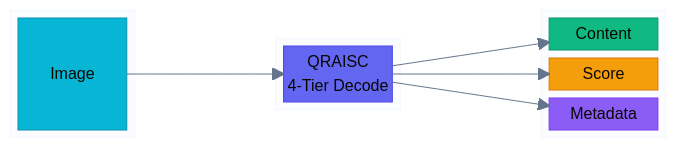
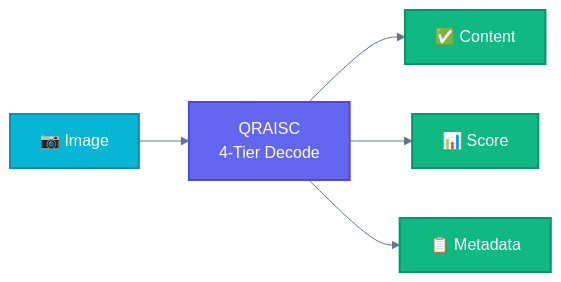
One commit to supernovae-ai/qrai-scanner changed the first of 11 diagrams in README.md. Above: the diagram before and after it, drawn with Mermaid. The commit also changed other lines of this file, not shown here.

Commit message:
fix(docs): update badges and fix mermaid diagram for GitHub
- Add dynamic crates.io and npm version badges
- Replace block-beta with flowchart (better GitHub support)

````diff
--- a/README.md
+++ b/README.md
@@ -30,37 +31,12 @@
 ```mermaid
 %%{init: {'theme': 'base', 'themeVariables': {'lineColor': '#64748b'}}}%%
-block-beta
-    columns 5
+flowchart LR
+    classDef input fill:#06b6d4,stroke:#0891b2,stroke-width:2px,color:#ffffff
+    classDef process fill:#6366f1,stroke:#4f46e5,stroke-width:2px,color:#ffffff
+    classDef output fill:#10b981,stroke:#059669,stroke-width:2px,color:#ffffff
 
-    block:input:1
-        columns 1
-        A["Image"]
-    end
-
-    space
-
-    block:process:1
-        columns 1
-        B["QRAISC<br>4-Tier Decode"]
-    end
-
-    space
-
-    block:output:1
-        columns 1
-        C["Content"]
-        D["Score"]
-        E["Metadata"]
-    end
-
-    A --> B
-    B --> C
-    B --> D
-    B --> E
-
-    style A fill:#06b6d4,stroke:#0891b2,color:#ffffff
-    style B fill:#6366f1,stroke:#4f46e5,color:#ffffff
-    style C fill:#10b981,stroke:#059669,color:#ffffff
-    style D fill:#f59e0b,stroke:#d97706,color:#ffffff
-    style E fill:#8b5cf6,stroke:#7c3aed,color:#ffffff
+    A[📷 Image]:::input --> B[QRAISC<br>4-Tier Decode]:::process
+    B --> C[✅ Content]:::output
+    B --> D[📊 Score]:::output
+    B --> E[📋 Metadata]:::output
 ```
````
